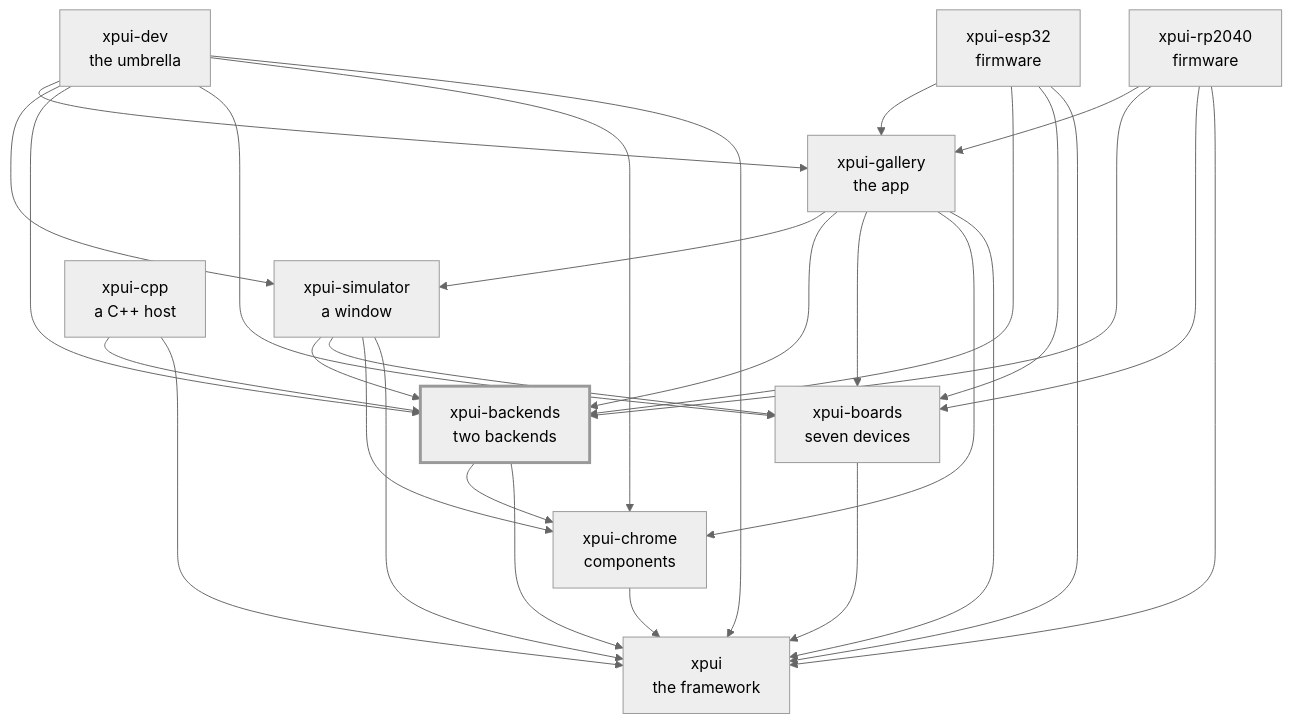
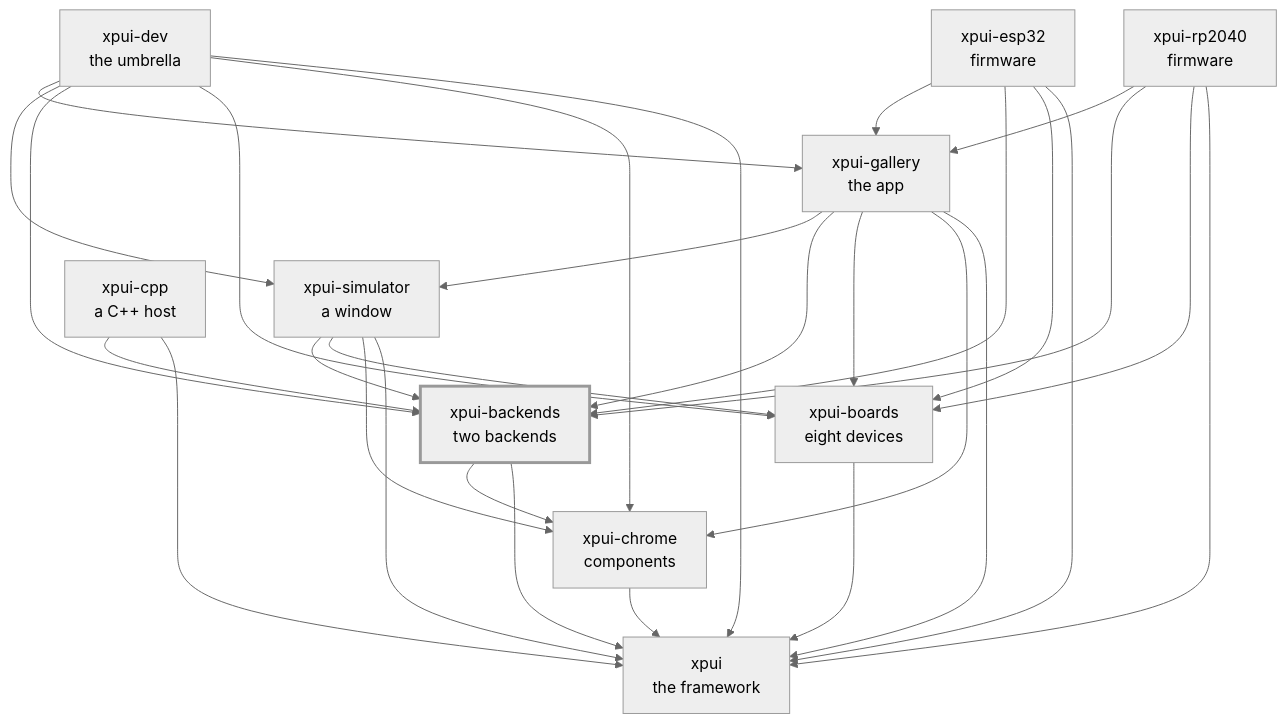
Before and after one commit to XPUI-Framework/xpui-backends: the second of 2 diagrams in README.md, drawn with Mermaid (neutral theme). The commit also changed 6 other files, not shown here.

````diff
--- a/README.md
+++ b/README.md
@@ -95,43 +95,43 @@
 ```mermaid
 flowchart TD
   xpui["xpui<br/>the framework"]
   chrome["xpui-chrome<br/>components"]
-  boards["xpui-boards<br/>seven devices"]
+  boards["xpui-boards<br/>eight devices"]
   backends["xpui-backends<br/>two backends"]
   simulator["xpui-simulator<br/>a window"]
   gallery["xpui-gallery<br/>the app"]
   rp2040["xpui-rp2040<br/>firmware"]
   esp32["xpui-esp32<br/>firmware"]
   cpp["xpui-cpp<br/>a C++ host"]
   dev["xpui-dev<br/>the umbrella"]
   chrome --> xpui
   boards --> xpui
   backends --> xpui
   backends --> chrome
   simulator --> xpui
   simulator --> chrome
   simulator --> boards
   simulator --> backends
   gallery --> xpui
   gallery --> chrome
   gallery --> boards
   gallery --> backends
   gallery --> simulator
   rp2040 --> xpui
   rp2040 --> boards
   rp2040 --> backends
   rp2040 --> gallery
   esp32 --> xpui
   esp32 --> boards
   esp32 --> backends
   esp32 --> gallery
   cpp --> xpui
   cpp --> backends
   dev --> xpui
   dev --> chrome
   dev --> boards
   dev --> backends
   dev --> simulator
   dev --> gallery
   style backends stroke-width:3px
 ```
````
